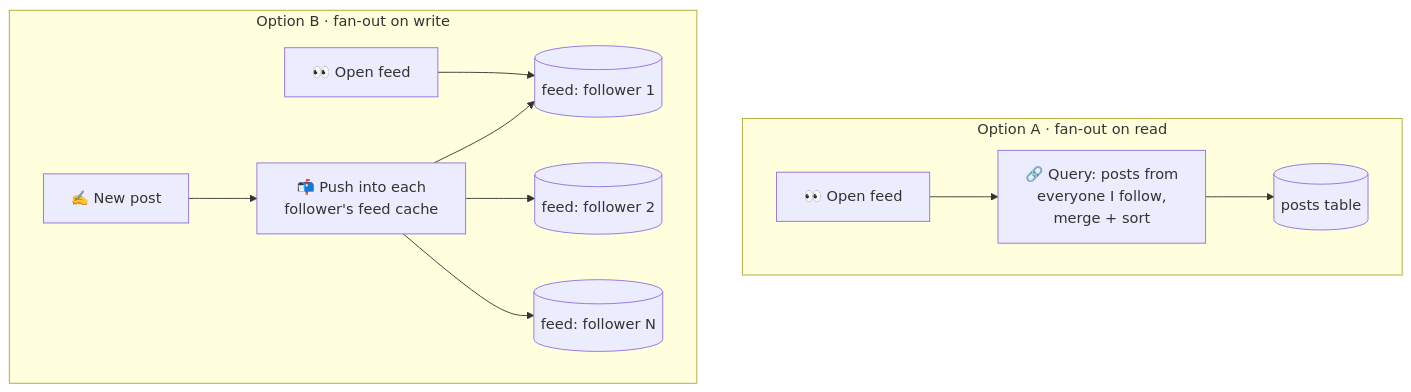
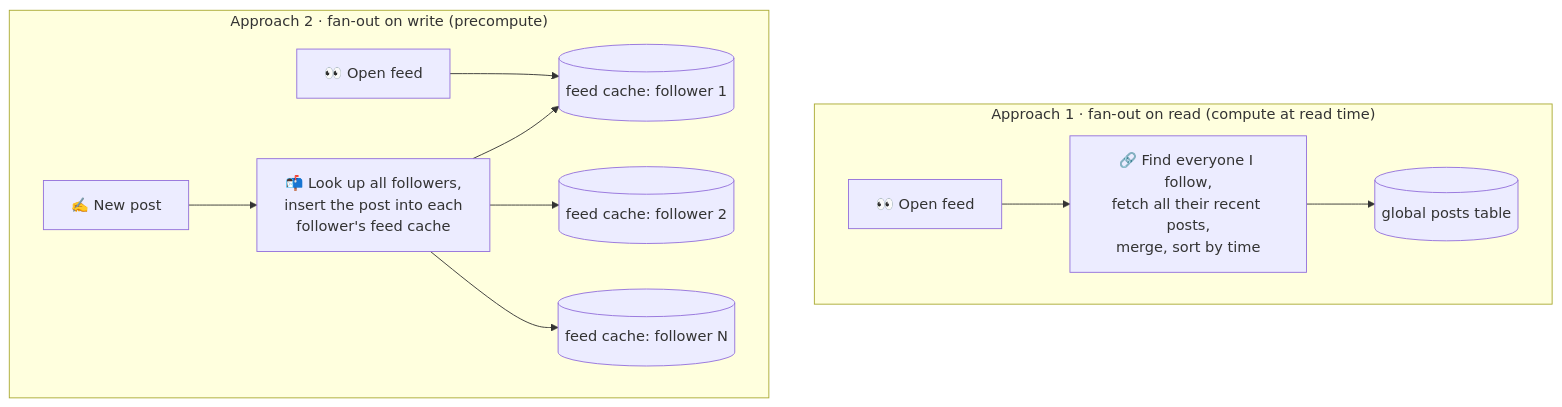
One commit to pratikguru998/ddia-book changed the fourth of 9 diagrams in docs/chapters/part-1/01-reliable-scalable-maintainable.mdx. Above: the diagram before and after it, drawn with Mermaid. The commit also changed other lines of this file and 13 other files, not shown here.

Commit message:
Expand all 12 chapters: every book subsection, deeper notes, ~320 diagrams

````diff
--- a/docs/chapters/part-1/01-reliable-scalable-maintainable.mdx
+++ b/docs/chapters/part-1/01-reliable-scalable-maintainable.mdx
@@ -72,16 +202,16 @@
 ```mermaid
 flowchart TB
-  subgraph A["Option A · fan-out on read"]
+  subgraph A["Approach 1 · fan-out on read (compute at read time)"]
     direction LR
-    R1["👀 Open feed"] --> J["🔗 Query: posts from<br/>everyone I follow,<br/>merge + sort"]
-    J --> T1[("posts table")]
+    R1["👀 Open feed"] --> J["🔗 Find everyone I follow,<br/>fetch all their recent posts,<br/>merge, sort by time"]
+    J --> T1[("global posts table")]
   end
-  subgraph B["Option B · fan-out on write"]
+  subgraph B["Approach 2 · fan-out on write (precompute)"]
     direction LR
-    W1["✍️ New post"] --> F["📬 Push into each<br/>follower's feed cache"]
-    F --> I1[("feed: follower 1")]
-    F --> I2[("feed: follower 2")]
-    F --> I3[("feed: follower N")]
+    W1["✍️ New post"] --> F["📬 Look up all followers,<br/>insert the post into each<br/>follower's feed cache"]
+    F --> I1[("feed cache: follower 1")]
+    F --> I2[("feed cache: follower 2")]
+    F --> I3[("feed cache: follower N")]
     R2["👀 Open feed"] --> I1
   end
 ```
````
